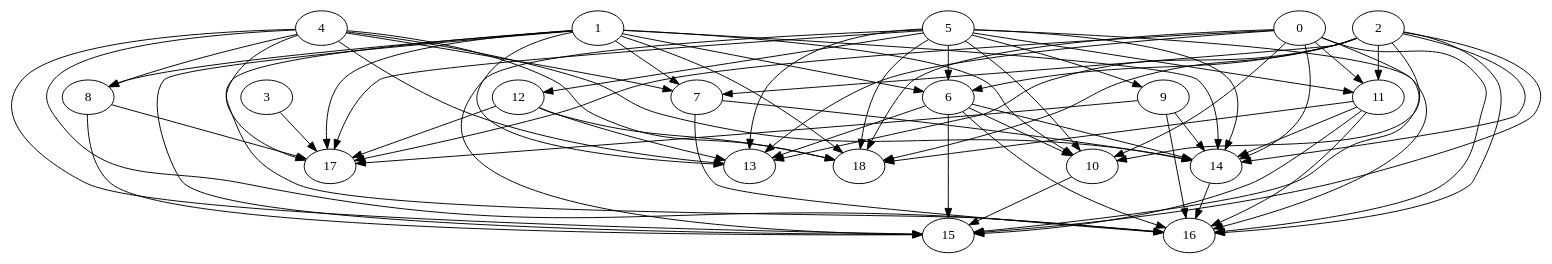
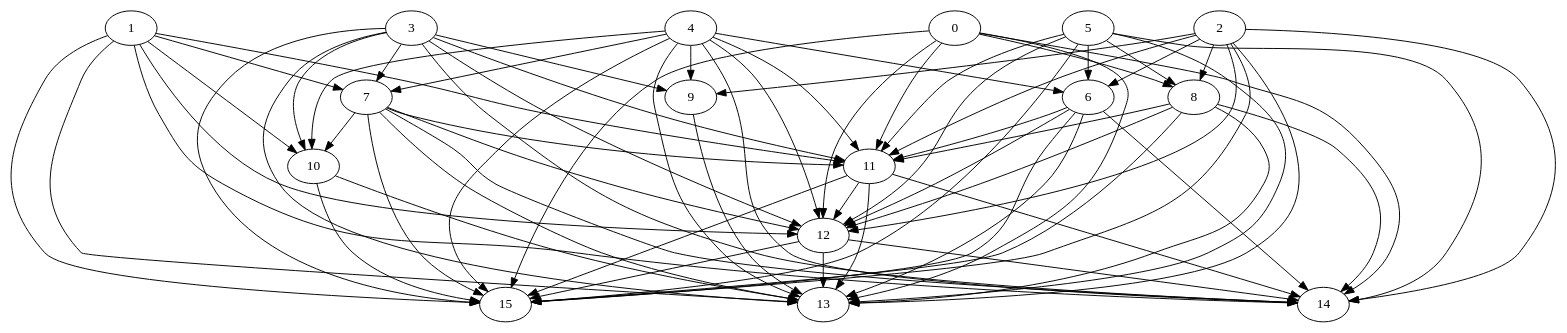
Before and after one commit to MrGreyPanda/NEM-MCMC-optimization: the diagram in DAGs/networks/network4/network4.gv, drawn with Graphviz. The commit also changed 177 other files, not shown here.

```diff
--- a/DAGs/networks/network4/network4.gv
+++ b/DAGs/networks/network4/network4.gv
@@ -1,70 +1,73 @@
 digraph {
     6 -> 15;
-    14 -> 16;
+    4 -> 9;
+    3 -> 7;
+    4 -> 6;
     5 -> 13;
     4 -> 15;
-    5 -> 10;
-    9 -> 17;
+    3 -> 13;
+    8 -> 15;
+    2 -> 11;
     11 -> 14;
-    2 -> 11;
-    8 -> 15;
     0 -> 11;
+    2 -> 8;
     0 -> 14;
-    1 -> 18;
     1 -> 15;
-    0 -> 18;
+    6 -> 11;
+    7 -> 10;
+    3 -> 9;
     5 -> 6;
-    4 -> 8;
-    4 -> 17;
-    12 -> 18;
+    3 -> 15;
     5 -> 12;
-    8 -> 17;
-    11 -> 16;
-    0 -> 16;
+    8 -> 11;
+    1 -> 11;
     0 -> 13;
-    2 -> 10;
-    1 -> 8;
-    1 -> 17;
+    11 -> 13;
     6 -> 13;
-    6 -> 10;
-    3 -> 17;
+    7 -> 12;
+    12 -> 14;
+    3 -> 11;
+    4 -> 10;
     5 -> 14;
     1 -> 13;
+    0 -> 15;
+    2 -> 12;
     11 -> 15;
-    0 -> 15;
     1 -> 10;
     7 -> 14;
+    6 -> 12;
+    4 -> 12;
+    3 -> 10;
     12 -> 13;
-    5 -> 16;
-    4 -> 18;
-    9 -> 14;
-    1 -> 6;
-    0 -> 17;
+    8 -> 12;
+    0 -> 8;
     10 -> 15;
+    1 -> 12;
     2 -> 14;
-    7 -> 16;
     6 -> 14;
+    7 -> 13;
+    12 -> 15;
     4 -> 14;
-    5 -> 9;
-    5 -> 18;
-    9 -> 16;
+    3 -> 12;
+    4 -> 11;
     5 -> 15;
-    0 -> 10;
-    2 -> 7;
-    2 -> 16;
+    8 -> 14;
+    9 -> 13;
     1 -> 14;
     2 -> 13;
-    6 -> 16;
+    7 -> 15;
     4 -> 7;
-    4 -> 16;
-    12 -> 17;
+    3 -> 14;
     5 -> 11;
     4 -> 13;
-    5 -> 17;
+    5 -> 8;
+    10 -> 13;
+    11 -> 12;
+    2 -> 9;
     1 -> 7;
+    8 -> 13;
     2 -> 6;
-    2 -> 18;
-    1 -> 16;
-    11 -> 18;
+    0 -> 12;
     2 -> 15;
+    7 -> 11;
 }
```
